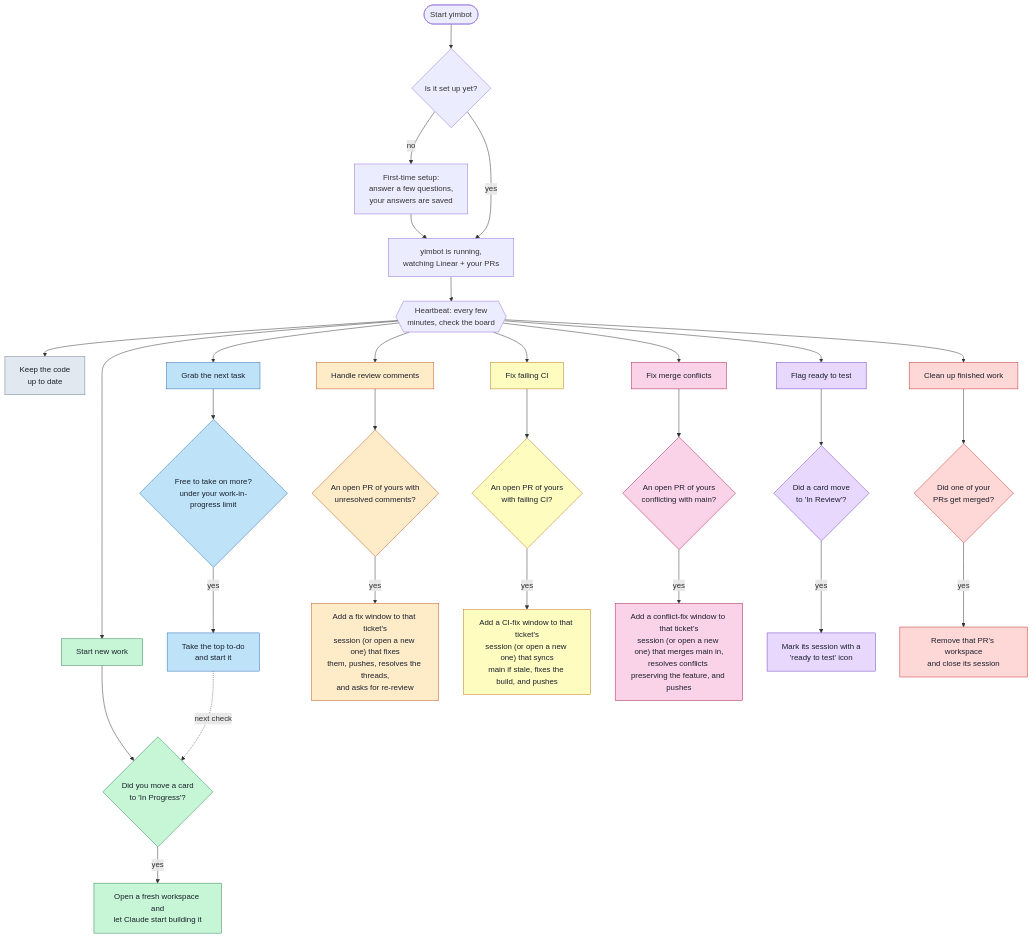
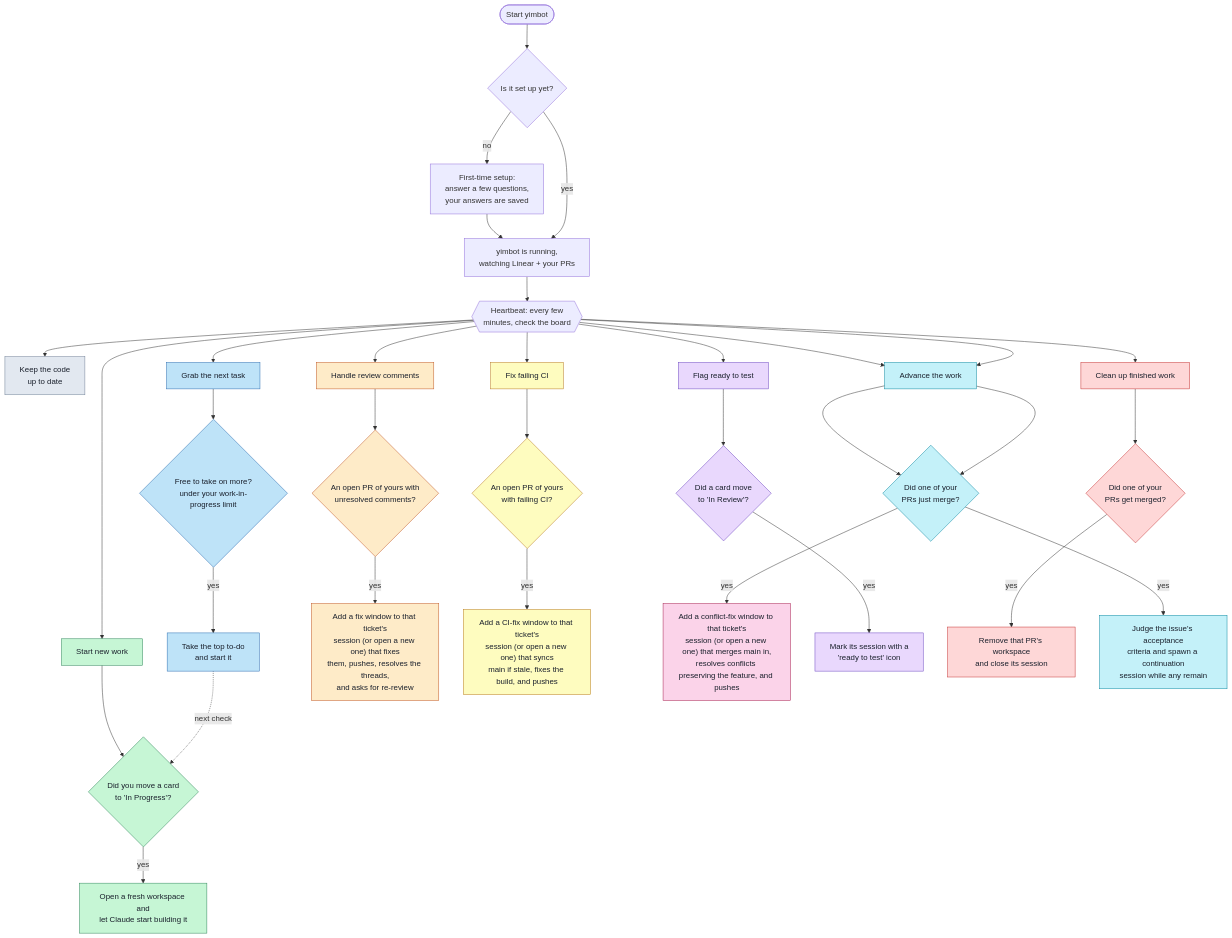
One commit to YiminArava4508/yimbot changed the diagram in README.md. Above: the diagram before and after it, drawn with Mermaid. The commit also changed other lines of this file and 16 other files, not shown here.

First line of the commit message:
feat(advance): acceptance-criteria completeness awareness + auto-continuation (#4)

````diff
--- a/README.md
+++ b/README.md
@@ -24,57 +24,63 @@
 ```mermaid
 flowchart TD
     A(["Start yimbot"]) --> B{"Is it set up yet?"}
     B -- no --> W["First-time setup:<br/>answer a few questions,<br/>your answers are saved"]
     W --> C["yimbot is running,<br/>watching Linear + your PRs"]
     B -- yes --> C
 
     C --> P{{"Heartbeat: every few<br/>minutes, check the board"}}
 
     P --> S["Keep the code<br/>up to date"]
 
     P --> G1["Start new work"]
     G1 --> T1{"Did you move a card<br/>to 'In Progress'?"}
     T1 -- yes --> L["Open a fresh workspace and<br/>let Claude start building it"]
 
     P --> G2["Grab the next task"]
     G2 --> PK{"Free to take on more?<br/>under your work-in-progress limit"}
     PK -- yes --> M["Take the top to-do<br/>and start it"]
     M -.->|next check| T1
 
     P --> G3["Handle review comments"]
     G3 --> T2{"An open PR of yours with<br/>unresolved comments?"}
     T2 -- yes --> R["Add a fix window to that ticket's<br/>session (or open a new one) that fixes<br/>them, pushes, resolves the threads,<br/>and asks for re-review"]
 
     P --> G6["Fix failing CI"]
     G6 --> T5{"An open PR of yours<br/>with failing CI?"}
     T5 -- yes --> CI["Add a CI-fix window to that ticket's<br/>session (or open a new one) that syncs<br/>main if stale, fixes the build, and pushes"]
 
     P --> G7["Fix merge conflicts"]
     G7 --> T6{"An open PR of yours<br/>conflicting with main?"}
     T6 -- yes --> CF["Add a conflict-fix window to that ticket's<br/>session (or open a new one) that merges main in,<br/>resolves conflicts preserving the feature, and pushes"]
 
     P --> G4["Flag ready to test"]
     G4 --> T3{"Did a card move<br/>to 'In Review'?"}
     T3 -- yes --> F["Mark its session with a<br/>'ready to test' icon"]
 
     P --> G5["Clean up finished work"]
     G5 --> T4{"Did one of your<br/>PRs get merged?"}
     T4 -- yes --> CU["Remove that PR's workspace<br/>and close its session"]
 
+    P --> G7["Advance the work"]
+    G7 --> T6{"Did one of your<br/>PRs just merge?"}
+    T6 -- yes --> AD["Judge the issue's acceptance<br/>criteria and spawn a continuation<br/>session while any remain"]
+
     classDef deploy fill:#c6f6d5,stroke:#2f855a,color:#1a202c;
     classDef claim fill:#bee3f8,stroke:#2b6cb0,color:#1a202c;
     classDef review fill:#feebc8,stroke:#c05621,color:#1a202c;
     classDef ready fill:#e9d8fd,stroke:#6b46c1,color:#1a202c;
     classDef cleanup fill:#fed7d7,stroke:#c53030,color:#1a202c;
     classDef ci fill:#fefcbf,stroke:#b7791f,color:#1a202c;
     classDef conflict fill:#fbd3e9,stroke:#a61e4d,color:#1a202c;
     classDef sync fill:#e2e8f0,stroke:#718096,color:#1a202c;
+    classDef advance fill:#c4f1f9,stroke:#0987a0,color:#1a202c;
     class G1,T1,L deploy;
     class G2,PK,M claim;
     class G3,T2,R review;
     class G6,T5,CI ci;
     class G7,T6,CF conflict;
     class G4,T3,F ready;
     class G5,T4,CU cleanup;
     class S sync;
+    class G7,T6,AD advance;
 ```
````
